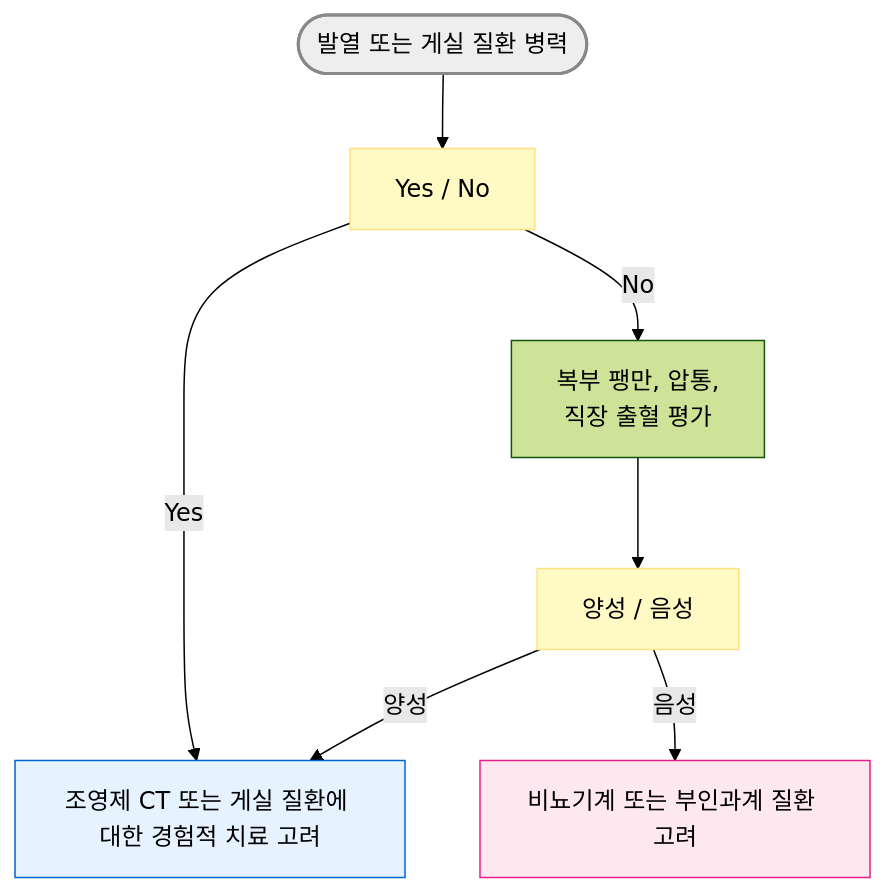
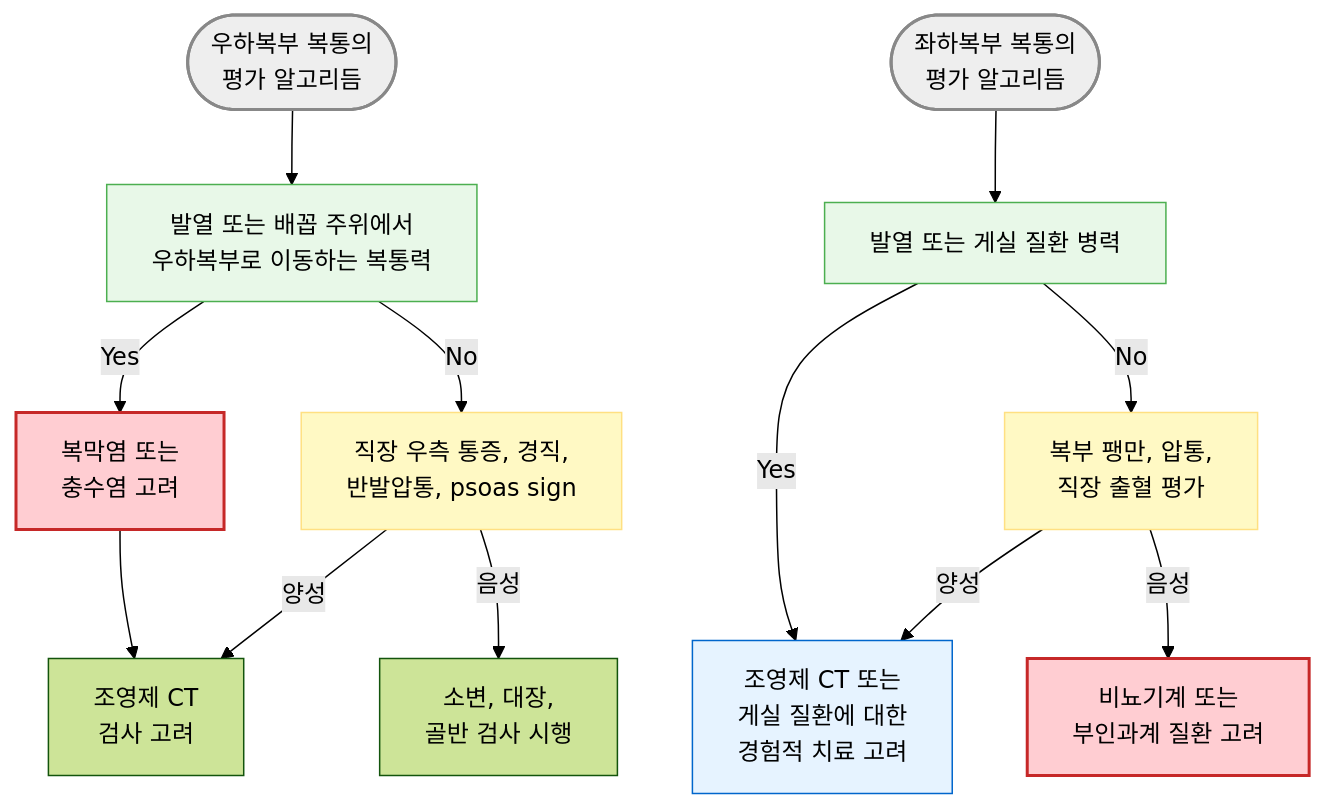
One commit to familyoh77/familyoh77 changed the second of 3 diagrams in 220_/003_-abdominal-pain.md. Above: the diagram before and after it, drawn with Mermaid (forest theme). The commit also changed other lines of this file, not shown here.

Commit message:
GITBOOK-890: No subject

````diff
--- a/220_/003_-abdominal-pain.md
+++ b/220_/003_-abdominal-pain.md
@@ -227,15 +207,31 @@
 ```mermaid
-graph TD
-    Start([발열 또는 게실 질환 병력]) --> Step1[Yes / No]
-    Step1 -- "Yes" --> Treatment[조영제 CT 또는 게실 질환에 대한 경험적 치료 고려]
-    Step1 -- "No" --> Physical[복부 팽만, 압통, <br/>직장 출혈 평가]
-    Physical --> Result[양성 / 음성]
-    Result -- "양성" --> Treatment
-    Result -- "음성" --> Specialized[비뇨기계 또는 부인과계 질환 고려]
+  flowchart TD
+    %% 1. 우하복부 섹션
+    A1([우하복부 복통의 <br/>평가 알고리듬]) --> Start1
+    Start1[발열 또는 배꼽 주위에서<br/>우하복부로 이동하는 복통력]
+    Start1 -- "Yes" --> Appendix1[복막염 또는<br/> 충수염 고려]
+    Appendix1 --> CT1[조영제 CT <br/>검사 고려]
+    Start1 -- "No" --> Physical1[직장 우측 통증, 경직,<br/>반발압통, psoas sign]
+    Physical1 -- "양성" --> CT1
+    Physical1 -- "음성" --> Others1[소변, 대장, <br/>골반 검사 시행]
+    
+    %% 2. 좌하복부 섹션
+A2([좌하복부 복통의 <br/>평가 알고리듬]) --> Start2
+        Start2[발열 또는 게실 질환 병력]
+    Start2 -- "Yes" --> Treatment2[조영제 CT 또는 <br/>게실 질환에 대한 <br/>경험적 치료 고려]
+    Start2 -- "No" --> Physical2[복부 팽만, 압통, <br/>직장 출혈 평가]
+    
+    Physical2 -- "양성" --> Treatment2
+    Physical2 -- "음성" --> Specialized2[비뇨기계 또는<br/> 부인과계 질환 고려]
+    
+    classDef gray fill:#eeeeee,stroke:#888888,stroke-width:2px
+    class A1,A2 gray
+    classDef lightGreen fill:#e8f8e8,stroke:#4caf50
+    class Start1,Start2 lightGreen
+    classDef yellow fill:#fff9c4,stroke:#ffe082
+    class Physical1,Physical2 yellow
+    classDef L_red fill:#ffcdd2,stroke:#c62828,stroke-width:2px
+    class Appendix1,Specialized2 L_red
+    style Treatment2 fill:#e6f3ff,stroke:#0066cc
 
-classDef yellow fill:#fff9c4,stroke:#ffe082
-class Step1,Result yellow
-    style Start fill:#eeeeee,stroke:#888888,stroke-width:2px
-    style Treatment fill:#e6f3ff,stroke:#0066cc
-    style Specialized fill:#fde8f0,stroke:#e91e8c
 ```
````
